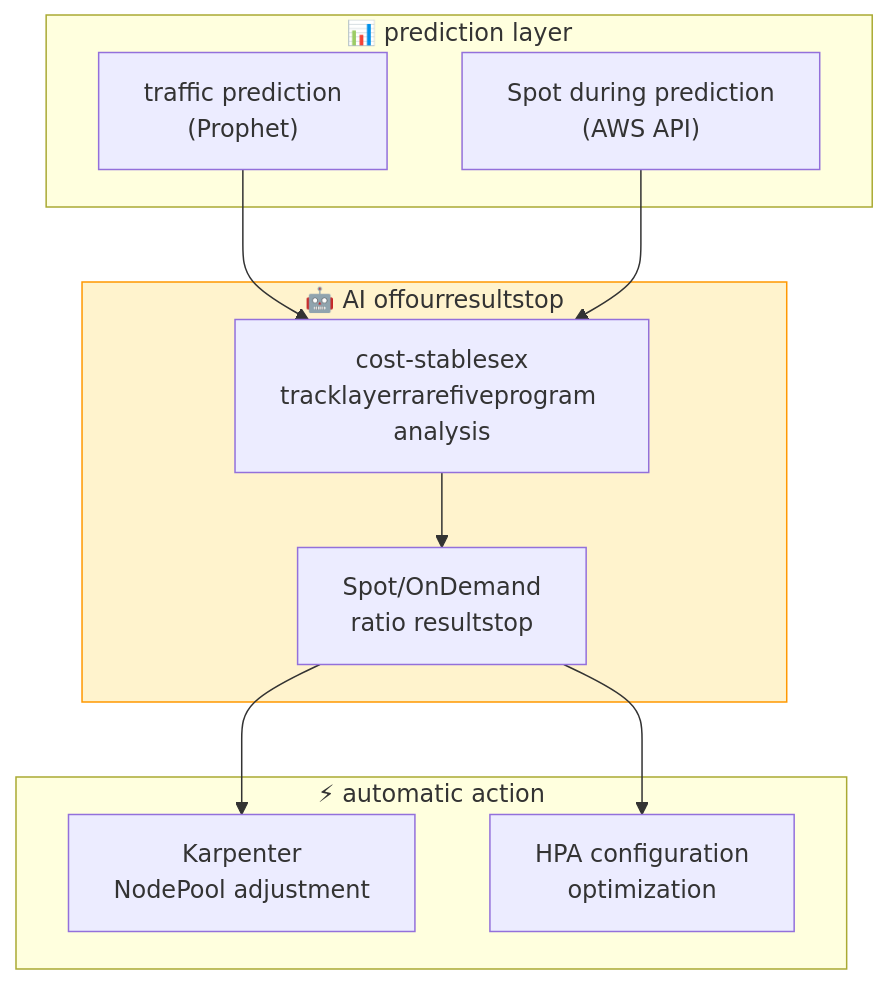
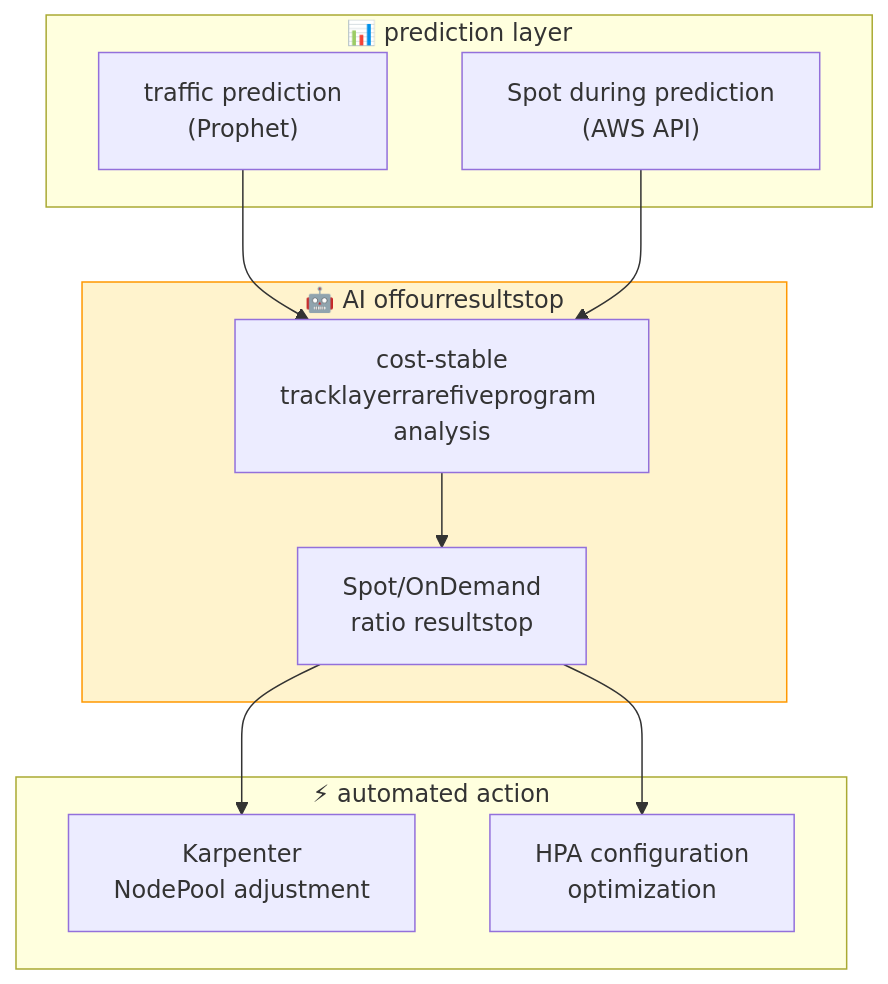
One commit to devfloor9/engineering-playbook changed diagram 13 of 13 in i18n/en/docusaurus-plugin-content-docs/current/aiops-aidlc/aiops-predictive-operations.md. Above: the diagram before and after it, drawn with Mermaid. The commit also changed other lines of this file, not shown here.

````diff
--- a/i18n/en/docusaurus-plugin-content-docs/current/aiops-aidlc/aiops-predictive-operations.md
+++ b/i18n/en/docusaurus-plugin-content-docs/current/aiops-aidlc/aiops-predictive-operations.md
@@ -4527,25 +4510,23 @@
 ```mermaid
 graph TD
 subgraph Prediction["📊 prediction layer"]
 TRAFFIC["traffic prediction<br/>(Prophet)"]
 SPOT["Spot during prediction<br/>(AWS API)"]
 end
 
 subgraph Decision["🤖 AI offourresultstop"]
-ANALYZE["cost-stablesex<br/>tracklayerrarefiveprogram analysis"]
+ANALYZE["cost-stable<br/>tracklayerrarefiveprogram analysis"]
 DECIDE["Spot/OnDemand<br/>ratio resultstop"]
 end
 
-subgraph Action["⚡ automatic action"]
+subgraph Action["⚡ automated action"]
 KARP["Karpenter<br/>NodePool adjustment"]
 HPA_ADJ["HPA configuration<br/>optimization"]
 end
 
 TRAFFIC --> ANALYZE
-SPOT --> ANALYZE
-ANALYZE --> DECIDE
-DECIDE --> KARP
+SPOT --> ANALYZE --> DECIDE --> KARP
 DECIDE --> HPA_ADJ
 
 style Decision fill:#fff3cd,stroke:#ff9800
 ```
````
